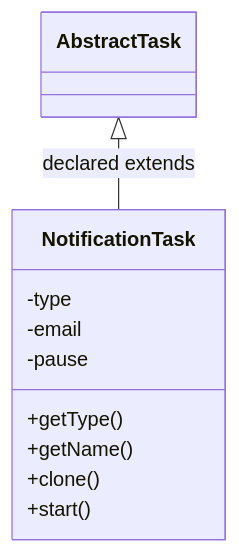
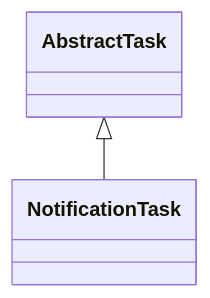
Before and after one commit to haruperi/HaruQuantAI: the diagram in docs/sqx/CustomProjects/TaskNotification.md, drawn with Mermaid. The commit also changed other lines of this file and 1688 other files, not shown here.

````diff
--- a/docs/sqx/CustomProjects/TaskNotification.md
+++ b/docs/sqx/CustomProjects/TaskNotification.md
@@ -30,14 +26,6 @@
 ```mermaid
 classDiagram
-    class Cd78f709d5e51["NotificationTask"] {
-        -type
-        -email
-        -pause
-        +getType()
-        +getName()
-        +clone()
-        +start()
-    }
-    class Ce44d386802cb["AbstractTask"]
-    Ce44d386802cb <|-- Cd78f709d5e51 : declared extends
+    class C0["NotificationTask"]
+    class E0["AbstractTask"]
+    E0 <|-- C0
 ```
````
